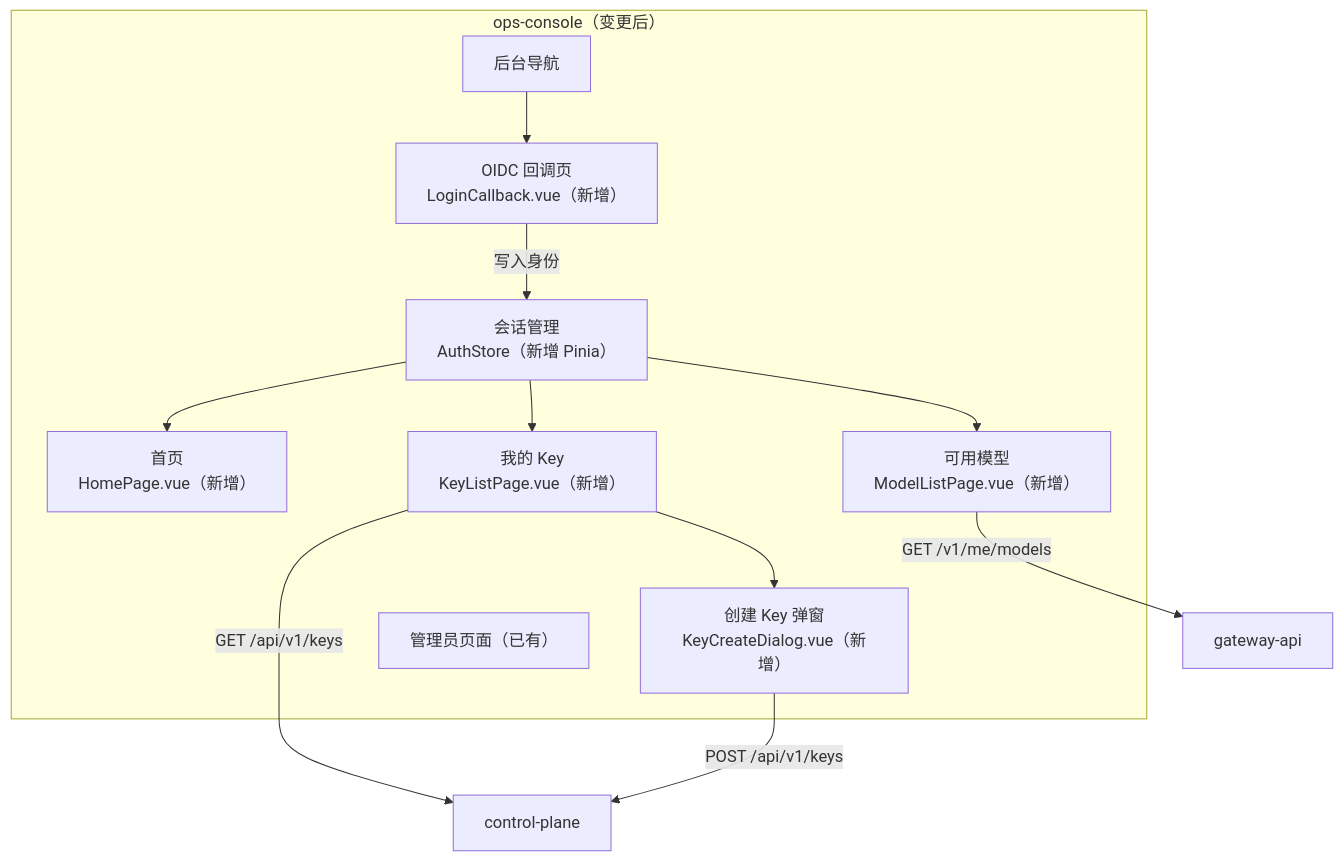
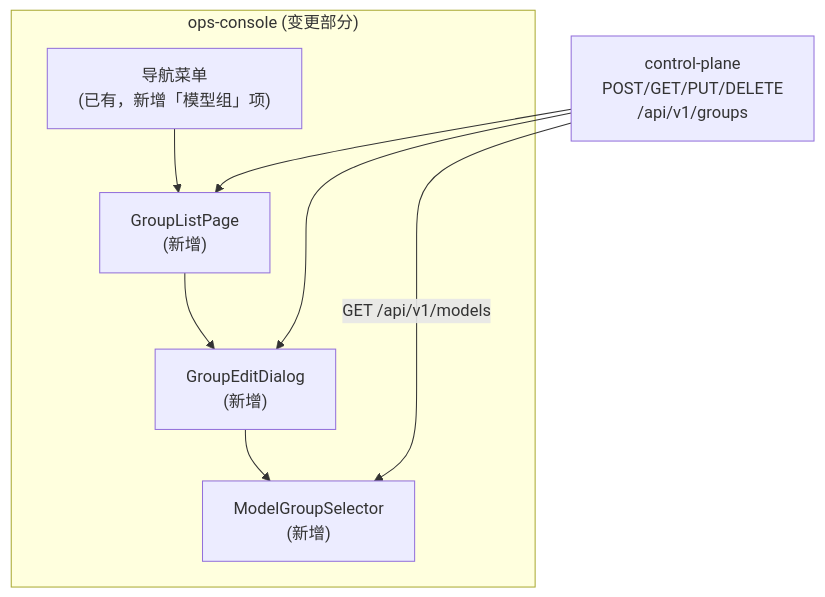
Before and after one commit to achieve-jsy/llm-gateway: the first of 2 diagrams in xspec/changes/ops-console/hld.delta.md, drawn with Mermaid. The commit also changed other lines of this file and 174 other files, not shown here.

````diff
--- a/xspec/changes/ops-console/hld.delta.md
+++ b/xspec/changes/ops-console/hld.delta.md
@@ -11,23 +11,17 @@
 ```mermaid
 flowchart TD
-    subgraph "ops-console（变更后）"
-        Nav["后台导航"]
-        OIDC["OIDC 回调页\nLoginCallback.vue（新增）"]
-        Session["会话管理\nAuthStore（新增 Pinia）"]
-        Home["首页\nHomePage.vue（新增）"]
-        KeyPage["我的 Key\nKeyListPage.vue（新增）"]
-        KeyDialog["创建 Key 弹窗\nKeyCreateDialog.vue（新增）"]
-        ModelPage["可用模型\nModelListPage.vue（新增）"]
-        CPAdmin["管理员页面（已有）"]
+    subgraph OC["ops-console (变更部分)"]
+        NAV["导航菜单<br/>(已有，新增「模型组」项)"]
+        GLP["GroupListPage<br/>(新增)"]
+        GED["GroupEditDialog<br/>(新增)"]
+        MGS["ModelGroupSelector<br/>(新增)"]
+
+        NAV --> GLP
+        GLP --> GED
+        GED --> MGS
     end
 
-    Nav --> OIDC
-    OIDC -->|"写入身份"| Session
-    Session --> Home
-    Session --> KeyPage
-    Session --> ModelPage
-    KeyPage --> KeyDialog
-    KeyPage -->|"GET /api/v1/keys"| CP["control-plane"]
-    KeyDialog -->|"POST /api/v1/keys"| CP
-    ModelPage -->|"GET /v1/me/models"| GW["gateway-api"]
+    CP["control-plane<br/>POST/GET/PUT/DELETE<br/>/api/v1/groups"] --> GLP
+    CP --> GED
+    CP -->|GET /api/v1/models| MGS
 ```
````
